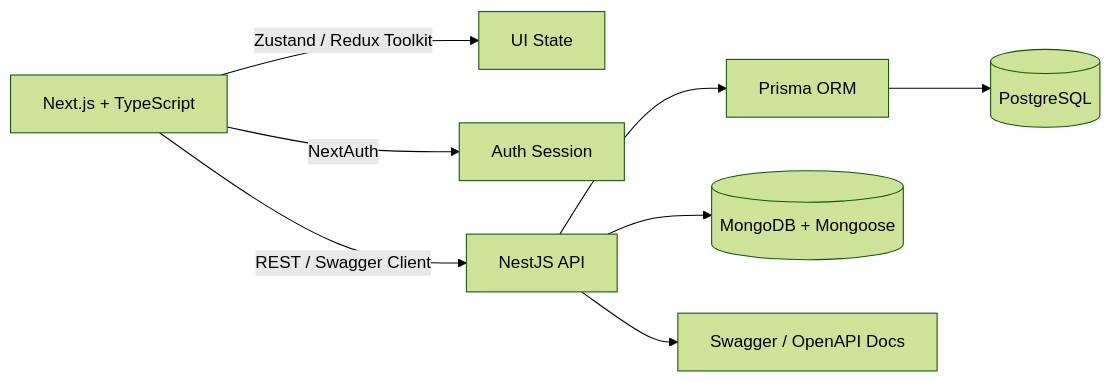
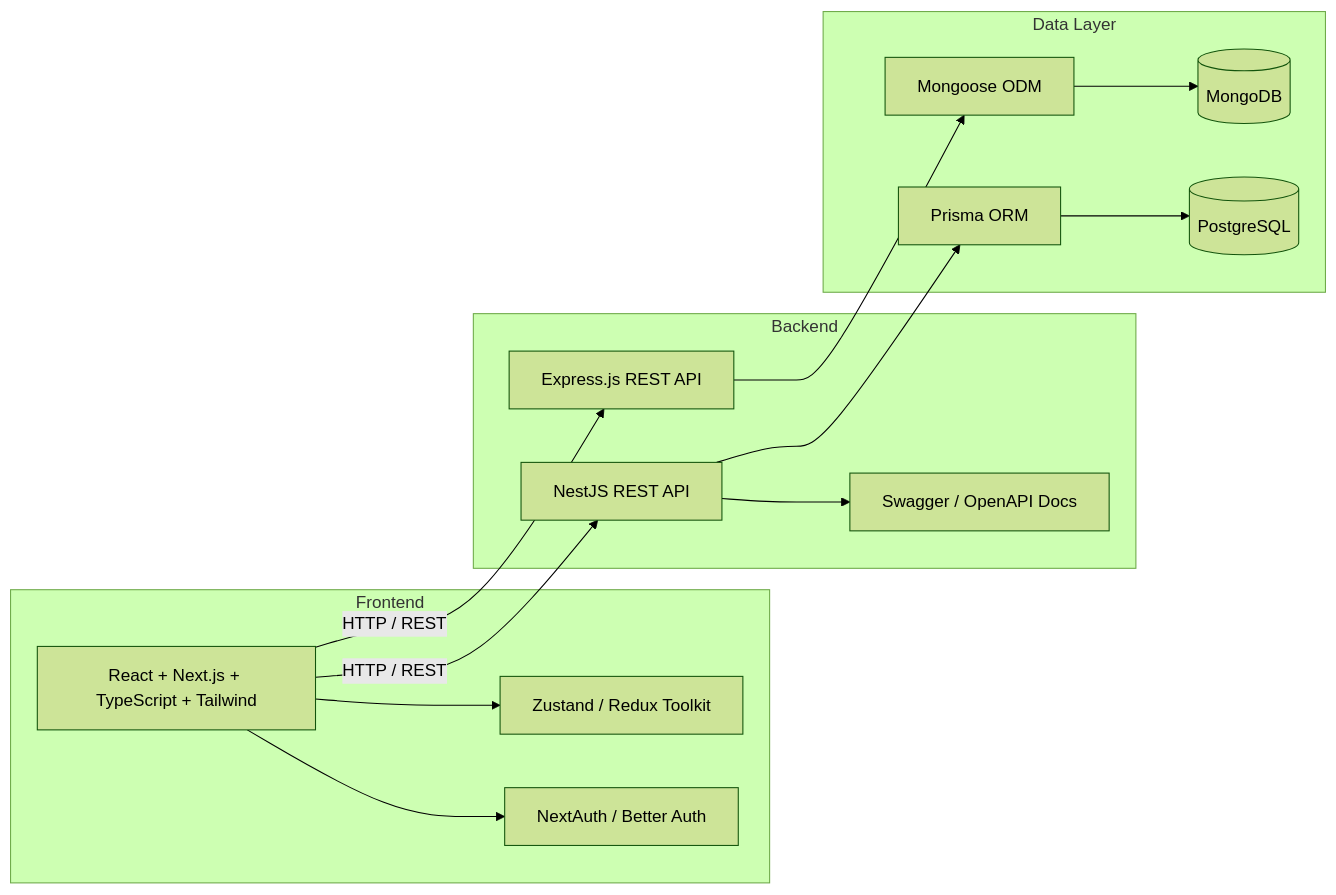
The diagram in README.md (ranakhan-25/ranakhan-25), drawn with Mermaid (forest theme) before and after one commit. The commit also changed other lines of this file, not shown here.

````diff
--- a/README.md
+++ b/README.md
@@ -76,10 +91,29 @@
 ```mermaid
 flowchart LR
-    A[Next.js + TypeScript] -->|Zustand / Redux Toolkit| B[UI State]
-    A -->|NextAuth| C[Auth Session]
-    A -->|REST / Swagger Client| D[NestJS API]
-    D --> P[Prisma ORM]
-    P --> G[(PostgreSQL)]
-    D --> E[(MongoDB + Mongoose)]
-    D --> F[Swagger / OpenAPI Docs]
+    subgraph Client["Frontend"]
+        A[React + Next.js + TypeScript + Tailwind]
+        S[Zustand / Redux Toolkit]
+        N[NextAuth / Better Auth]
+    end
+
+    subgraph Server["Backend"]
+        E[Express.js REST API]
+        D[NestJS REST API]
+        W[Swagger / OpenAPI Docs]
+    end
+
+    subgraph Data["Data Layer"]
+        MG[Mongoose ODM]
+        M[(MongoDB)]
+        P[Prisma ORM]
+        G[(PostgreSQL)]
+    end
+
+    A --> S
+    A --> N
+    A -->|HTTP / REST| E
+    A -->|HTTP / REST| D
+    D --> W
+    E --> MG --> M
+    D --> P --> G
 ```
````
